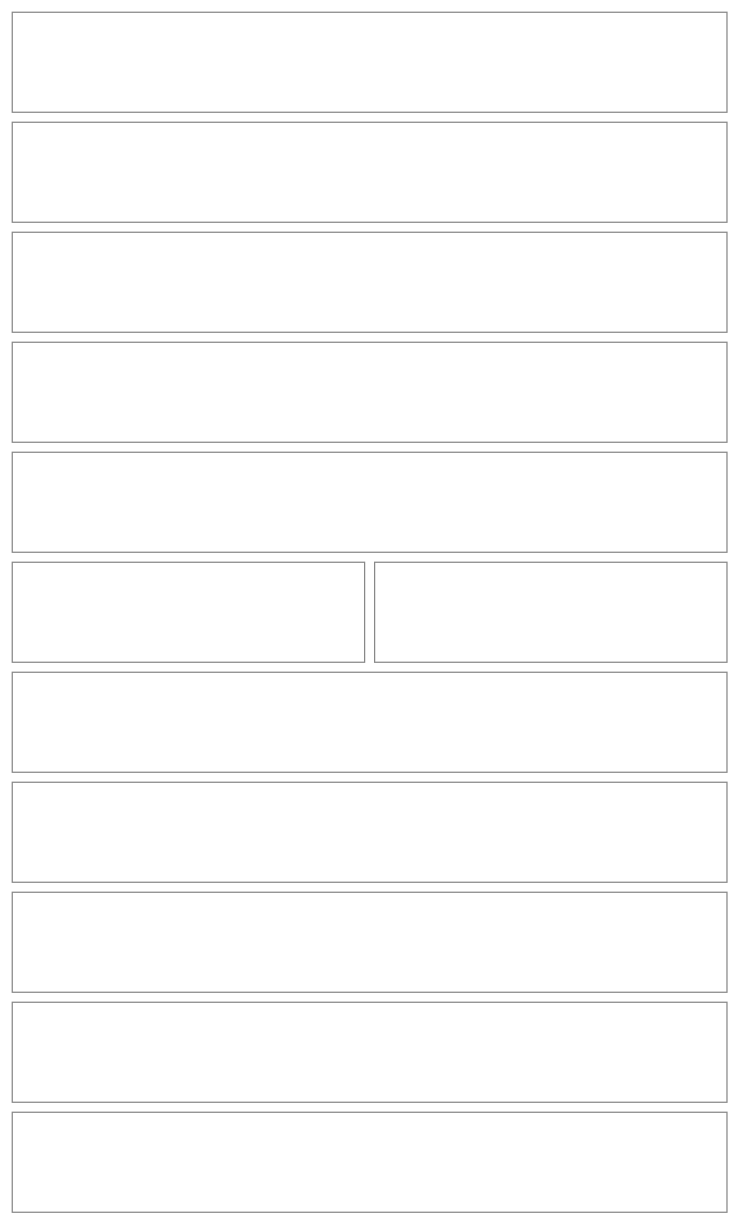
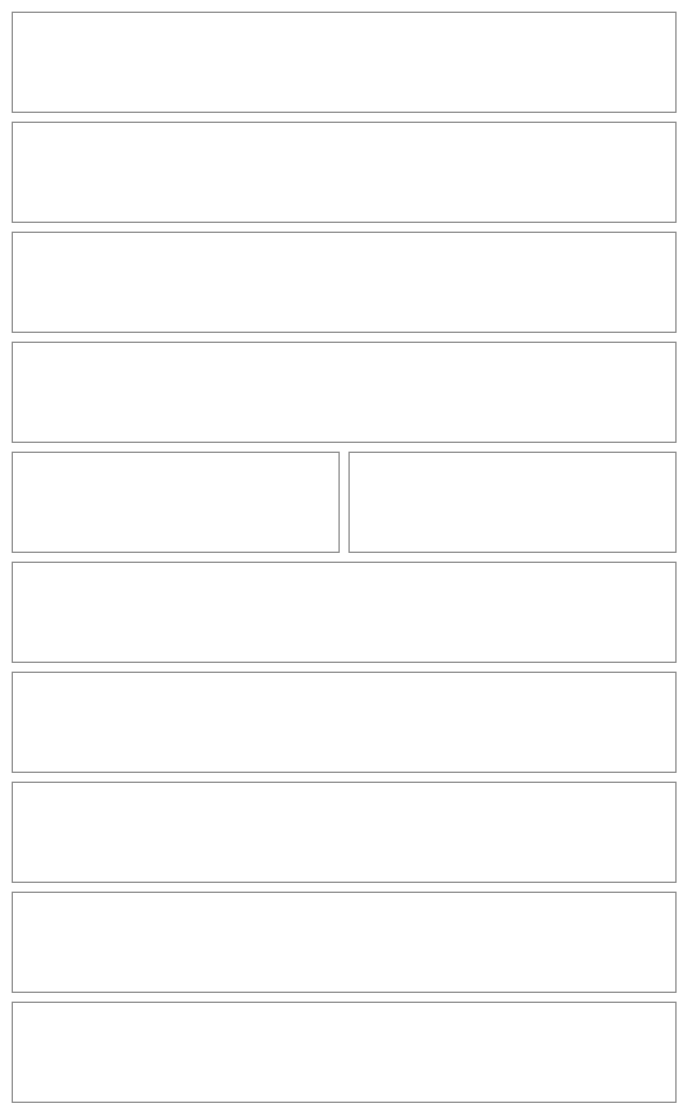
One commit to NovaMoonX/moondreams-dev-apps changed diagram 23 of 54 in src/apps/pinch/UX.md. Above: the diagram before and after it, drawn with Mermaid. The commit also changed other lines of this file, not shown here.

````diff
--- a/src/apps/pinch/UX.md
+++ b/src/apps/pinch/UX.md
@@ -797,29 +796,27 @@
 ```mermaid
 %%{init: {'theme': 'base', 'themeVariables': {'primaryColor': 'transparent', 'primaryBorderColor': '#888888', 'primaryTextColor': '#333333', 'lineColor': '#888888'}}}%%
 block-beta
   columns 2
   K1["Kitchen   + New ingredient"]:2
   K2["Your ingredients, fridge and freezer, and prices."]:2
   K6["🔍 Search   ⧩ 2   👁"]:2
   K6b["[ Yours ]   All"]:2
-  K2b["Also in Kitchen"]:2
-  K3["Fridge & freezer  [2 to eat by tomorrow]"]:1
-  K3b["🏪 Stores & prices"]:1
+  K3["🥛 Fridge & freezer ›<br/>2 to eat by tomorrow, 1 past its date"]:1
+  K3b["🏪 Stores & prices ›"]:1
   K8["— Chicken —"]:2
   K9["Chicken breast<br/>Walmart · $9.48 / 3 lb<br/>🔥 165 · 💪 31g per 100 g"]:2
   K11["Chicken thighs<br/>🔥 209 · 💪 26g per 100 g"]:2
   K13["— Rice —"]:2
   K14["Jasmine rice<br/>Costco · $14.99 / 20 lb<br/>🔥 360 · 💪 7g per 100 g"]:2
   style K1 fill:transparent,stroke:#888888,stroke-width:1px;
   style K2 fill:transparent,stroke:#888888,stroke-width:1px;
-  style K2b fill:transparent,stroke:#888888,stroke-width:1px;
   style K3 fill:transparent,stroke:#888888,stroke-width:1px;
   style K3b fill:transparent,stroke:#888888,stroke-width:1px;
   style K6 fill:transparent,stroke:#888888,stroke-width:1px;
   style K6b fill:transparent,stroke:#888888,stroke-width:1px;
   style K8 fill:transparent,stroke:#888888,stroke-width:1px;
   style K9 fill:transparent,stroke:#888888,stroke-width:1px;
   style K11 fill:transparent,stroke:#888888,stroke-width:1px;
   style K13 fill:transparent,stroke:#888888,stroke-width:1px;
   style K14 fill:transparent,stroke:#888888,stroke-width:1px;
 ```
````
